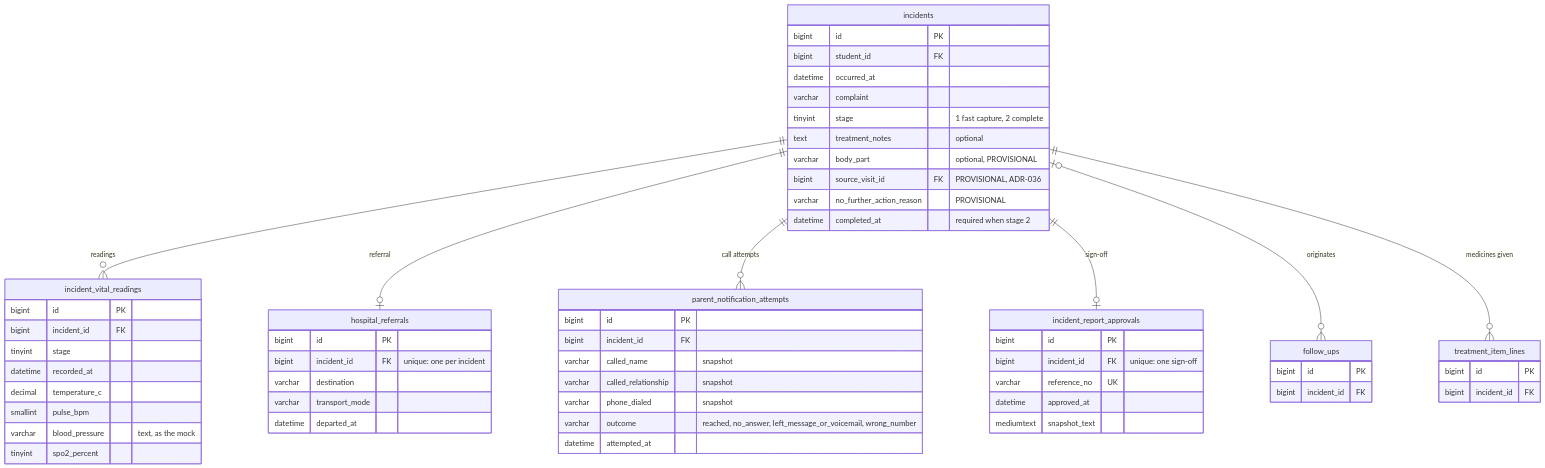
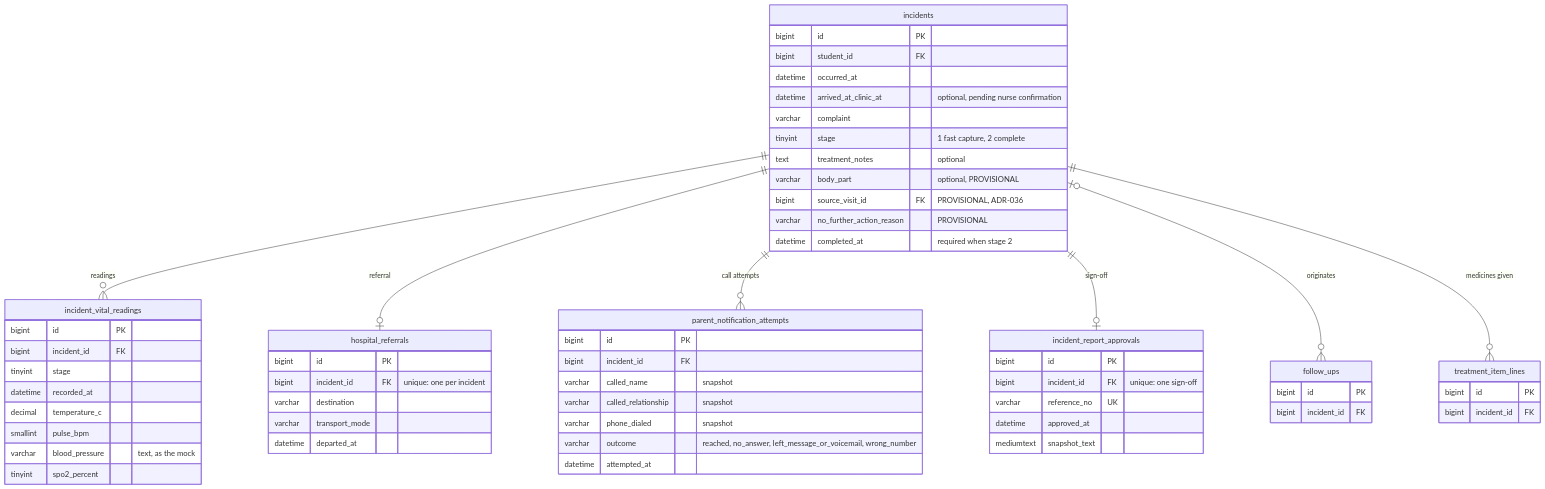
Before and after one commit to zekuuu/cliniq: the fourth of 6 diagrams in CLINIQ-Knowledge-Base/02-Architecture/Database/ERD.md, drawn with Mermaid. The commit also changed other lines of this file and 4 other files, not shown here.

Commit message:
docs(database): update schema for verification and undo

````diff
--- a/CLINIQ-Knowledge-Base/02-Architecture/Database/ERD.md
+++ b/CLINIQ-Knowledge-Base/02-Architecture/Database/ERD.md
@@ -398,62 +389,63 @@
 ```mermaid
 erDiagram
     incidents {
         bigint id PK
         bigint student_id FK
         datetime occurred_at
+        datetime arrived_at_clinic_at "optional, pending nurse confirmation"
         varchar complaint
         tinyint stage "1 fast capture, 2 complete"
         text treatment_notes "optional"
         varchar body_part "optional, PROVISIONAL"
         bigint source_visit_id FK "PROVISIONAL, ADR-036"
         varchar no_further_action_reason "PROVISIONAL"
         datetime completed_at "required when stage 2"
     }
     incident_vital_readings {
         bigint id PK
         bigint incident_id FK
         tinyint stage
         datetime recorded_at
         decimal temperature_c
         smallint pulse_bpm
         varchar blood_pressure "text, as the mock"
         tinyint spo2_percent
     }
     hospital_referrals {
         bigint id PK
         bigint incident_id FK "unique: one per incident"
         varchar destination
         varchar transport_mode
         datetime departed_at
     }
     parent_notification_attempts {
         bigint id PK
         bigint incident_id FK
         varchar called_name "snapshot"
         varchar called_relationship "snapshot"
         varchar phone_dialed "snapshot"
         varchar outcome "reached, no_answer, left_message_or_voicemail, wrong_number"
         datetime attempted_at
     }
     incident_report_approvals {
         bigint id PK
         bigint incident_id FK "unique: one sign-off"
         varchar reference_no UK
         datetime approved_at
         mediumtext snapshot_text
     }
     follow_ups {
         bigint id PK
         bigint incident_id FK
     }
     treatment_item_lines {
         bigint id PK
         bigint incident_id FK
     }
     incidents ||--o{ incident_vital_readings : readings
     incidents ||--o| hospital_referrals : referral
     incidents ||--o{ parent_notification_attempts : "call attempts"
     incidents ||--o| incident_report_approvals : "sign-off"
     incidents |o--o{ follow_ups : originates
     incidents ||--o{ treatment_item_lines : "medicines given"
 ```
````
